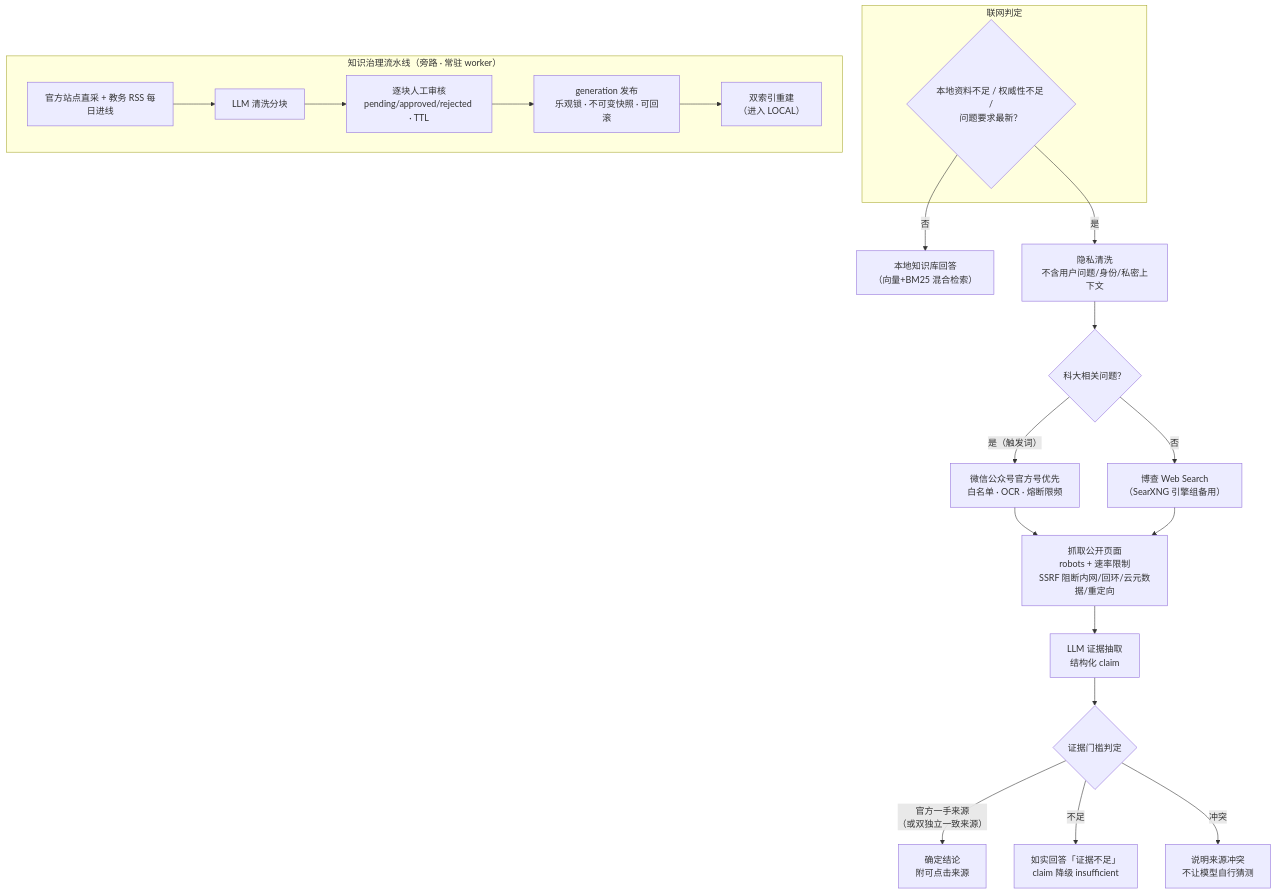
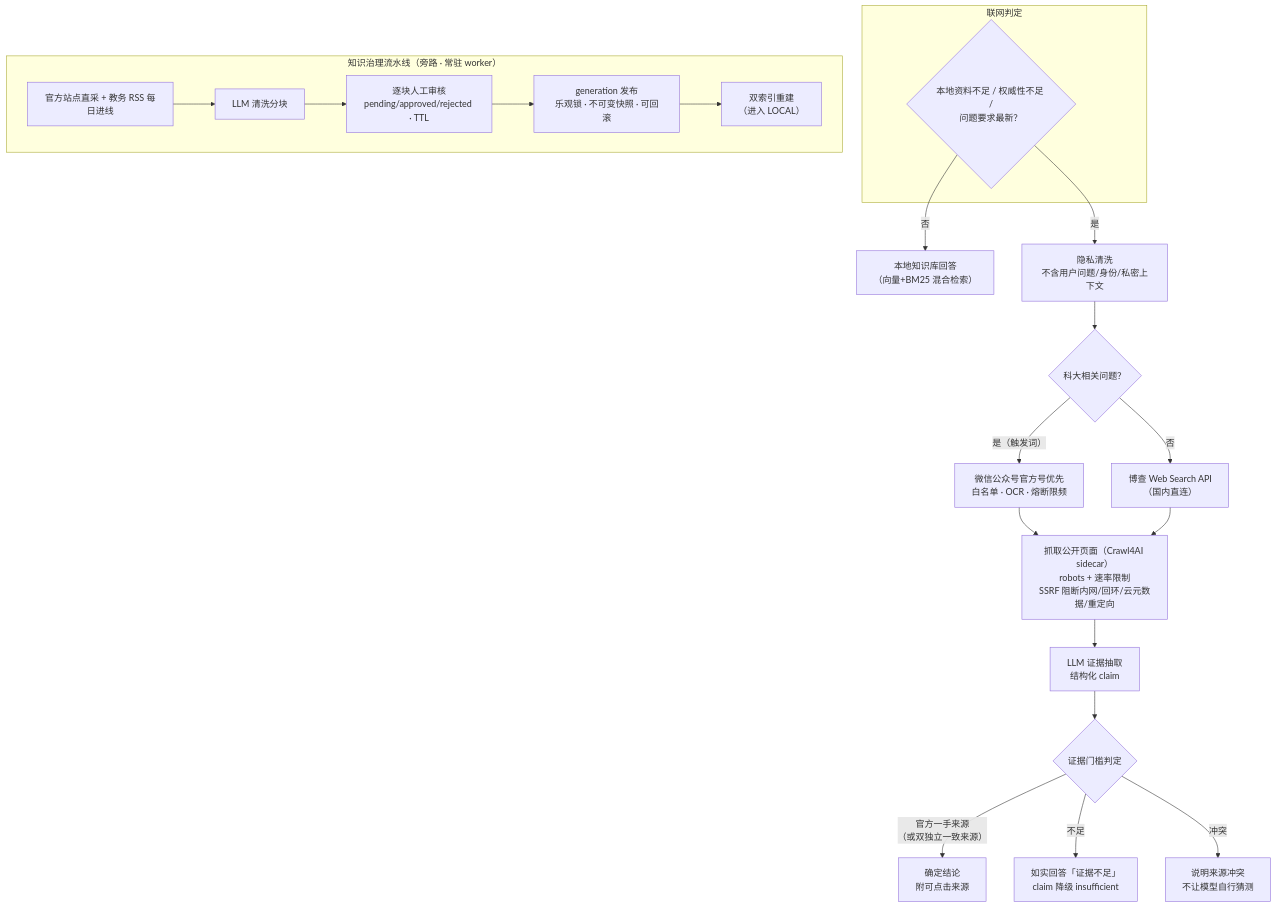
One commit to AAAtrucklrx/107 changed the diagram in submission/diagrams/3-evidence.mmd. Above: the diagram before and after it, drawn with Mermaid. The commit also changed 4 other files, not shown here.

Commit message:
docs(107cup): 联网链路与实际一致——博查搜索国内直连 + Crawl4AI 抓取 sidecar，移除 SearXNG 备用表述

```diff
--- a/submission/diagrams/3-evidence.mmd
+++ b/submission/diagrams/3-evidence.mmd
@@ -1,29 +1,29 @@
 flowchart TB
     subgraph DECIDE["联网判定"]
         NEED{"本地资料不足 / 权威性不足 /<br/>问题要求最新？"}
     end
 
     NEED -->|"否"| LOCAL["本地知识库回答<br/>（向量+BM25 混合检索）"]
 
     NEED -->|"是"| PRE["隐私清洗<br/>不含用户问题/身份/私密上下文"]
     PRE --> Wx{"科大相关问题？"}
 
     Wx -->|"是（触发词）"| WX["微信公众号官方号优先<br/>白名单 · OCR · 熔断限频"]
-    Wx -->|"否"| BS["博查 Web Search<br/>（SearXNG 引擎组备用）"]
+    Wx -->|"否"| BS["博查 Web Search API<br/>（国内直连）"]
 
-    WX --> FETCH["抓取公开页面<br/>robots + 速率限制<br/>SSRF 阻断内网/回环/云元数据/重定向"]
+    WX --> FETCH["抓取公开页面（Crawl4AI sidecar）<br/>robots + 速率限制<br/>SSRF 阻断内网/回环/云元数据/重定向"]
     BS --> FETCH
 
     FETCH --> EXTRACT["LLM 证据抽取<br/>结构化 claim"]
     EXTRACT --> GATE{"证据门槛判定"}
 
     GATE -->|"官方一手来源<br/>（或双独立一致来源）"| CONFIRM["确定结论<br/>附可点击来源"]
     GATE -->|"不足"| INSUF["如实回答「证据不足」<br/>claim 降级 insufficient"]
     GATE -->|"冲突"| CONFLICT["说明来源冲突<br/>不让模型自行猜测"]
 
     subgraph GOVERN["知识治理流水线（旁路 · 常驻 worker）"]
         COLLECT["官方站点直采 + 教务 RSS 每日进线"] --> CLEAN["LLM 清洗分块"]
         CLEAN --> REVIEW["逐块人工审核<br/>pending/approved/rejected · TTL"]
         REVIEW --> GEN["generation 发布<br/>乐观锁 · 不可变快照 · 可回滚"]
         GEN --> IDX["双索引重建<br/>（进入 LOCAL）"]
     end
```
